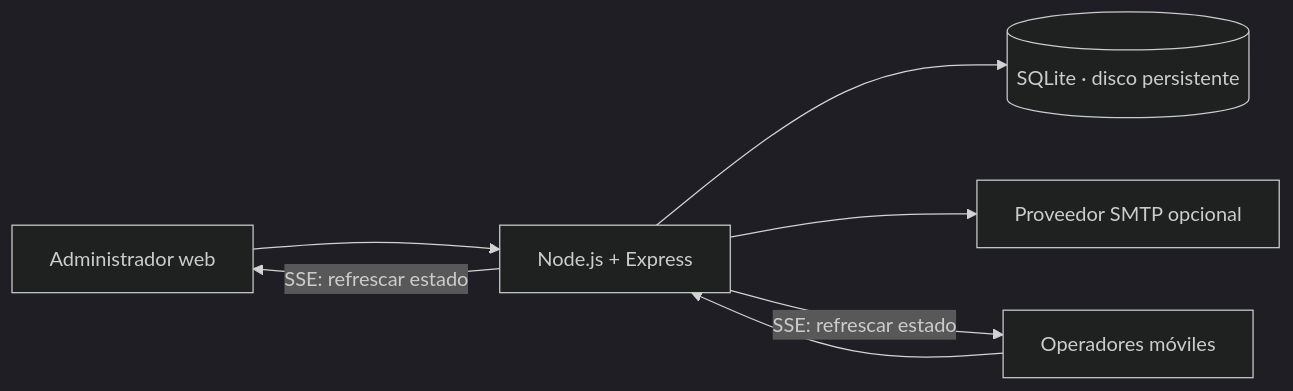
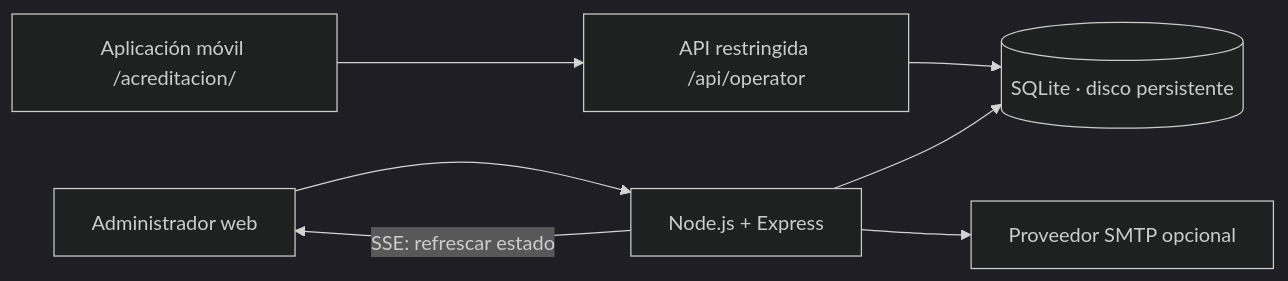
One commit to Replitagencia/Eventos changed the diagram in docs/arquitectura.md. Above: the diagram before and after it, drawn with Mermaid (dark theme). The commit also changed other lines of this file and 19 other files, not shown here.

````diff
--- a/docs/arquitectura.md
+++ b/docs/arquitectura.md
@@ -5,9 +5,9 @@
 ```mermaid
 flowchart LR
   A[Administrador web] --> API[Node.js + Express]
-  O[Operadores móviles] --> API
+  O[Aplicación móvil /acreditacion/] --> OP[API restringida /api/operator]
+  OP --> DB
   API --> DB[(SQLite · disco persistente)]
   API --> SMTP[Proveedor SMTP opcional]
   API -->|SSE: refrescar estado| A
-  API -->|SSE: refrescar estado| O
 ```
````
